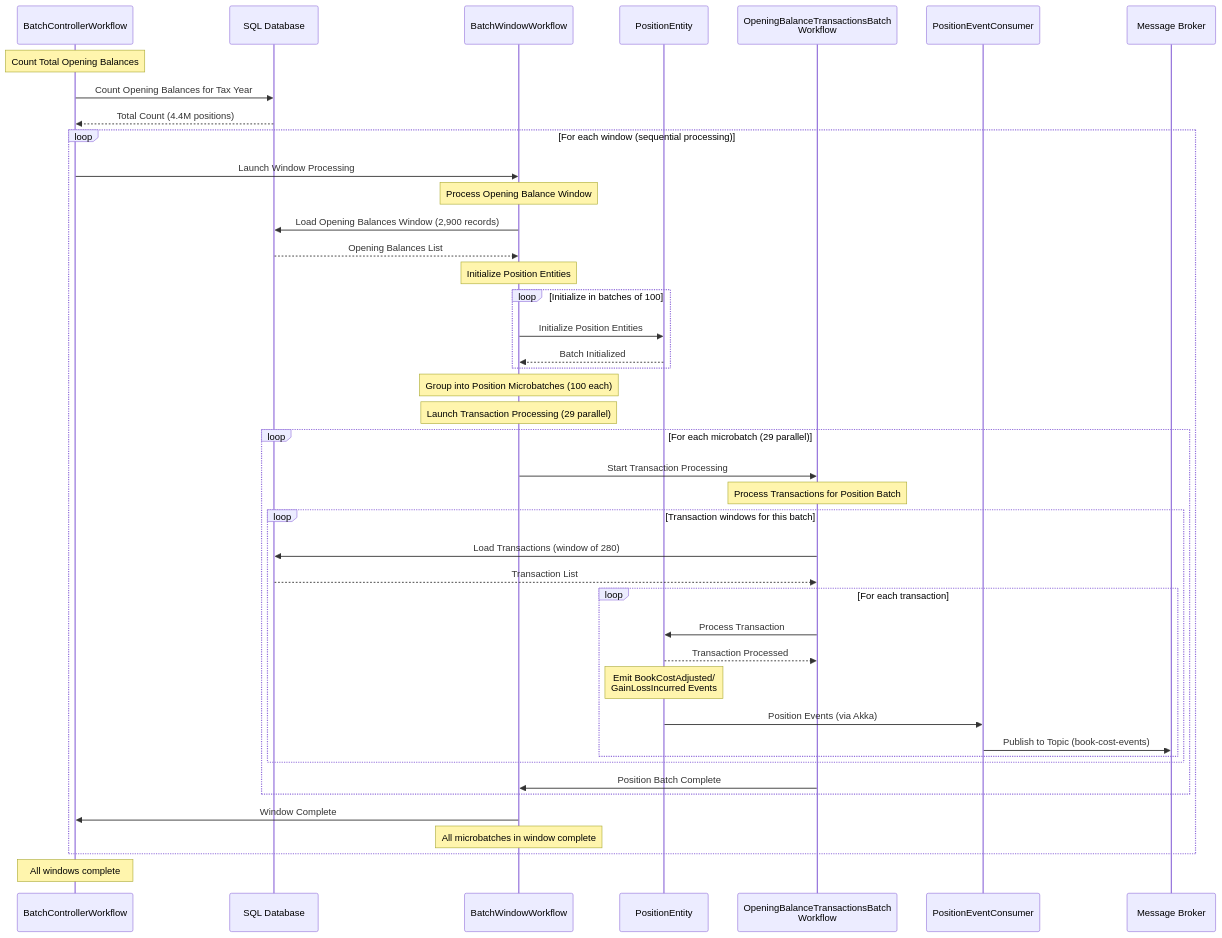
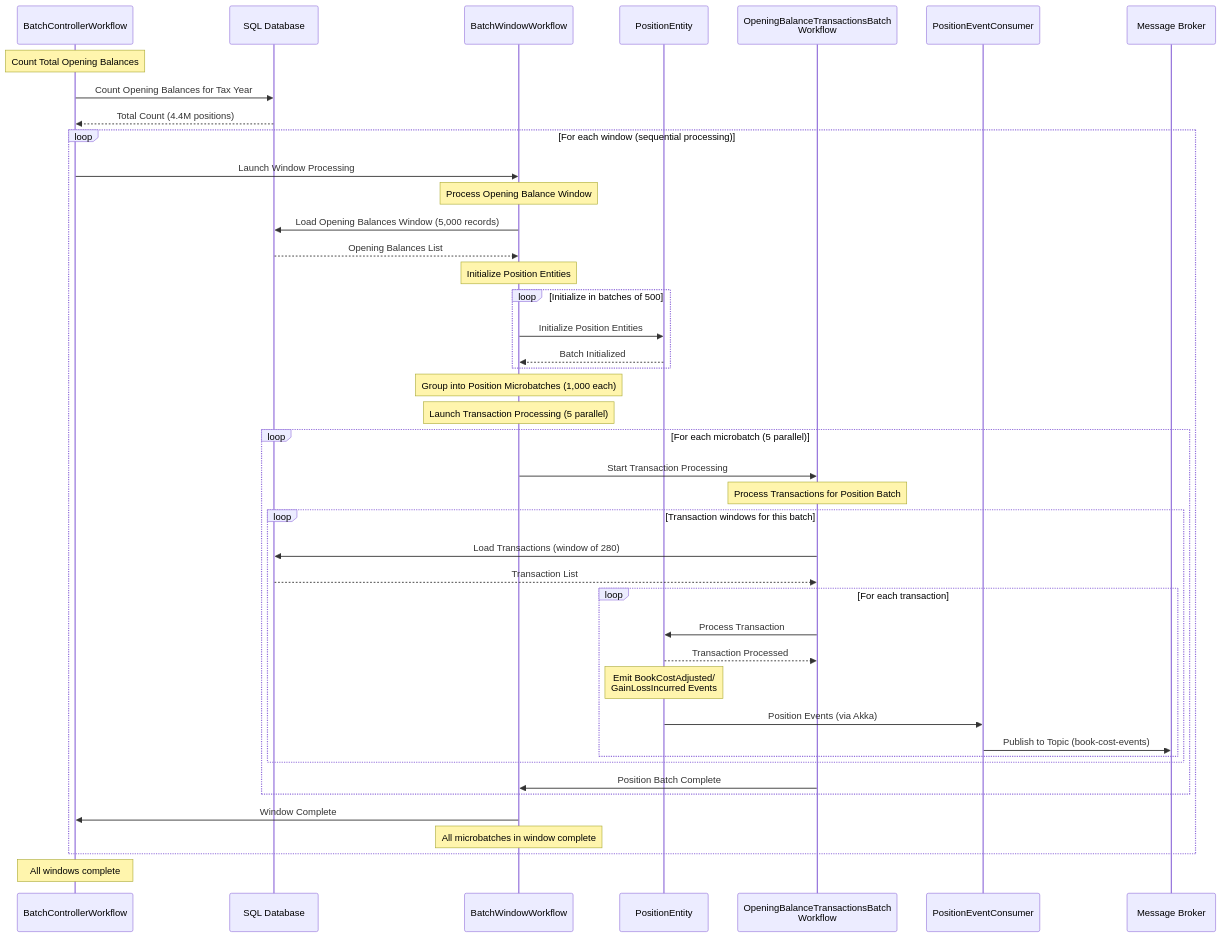
Before and after one commit to aklikic/tax-processing: the second of 2 diagrams in README.md, drawn with Mermaid. The commit also changed other lines of this file and 24 other files, not shown here.

````diff
--- a/README.md
+++ b/README.md
@@ -45,55 +45,55 @@
 ```mermaid
 sequenceDiagram
     participant BCW as BatchControllerWorkflow
     participant DB as SQL Database
     participant BWW as BatchWindowWorkflow
     participant PE as PositionEntity
     participant TBW as OpeningBalanceTransactionsBatch<br/>Workflow
     participant PC as PositionEventConsumer
     participant MB as Message Broker
 
     Note over BCW: Count Total Opening Balances
     BCW->>DB: Count Opening Balances for Tax Year
     DB-->>BCW: Total Count (4.4M positions)
 
     loop For each window (sequential processing)
         BCW->>BWW: Launch Window Processing
         Note over BWW: Process Opening Balance Window
-        BWW->>DB: Load Opening Balances Window (2,900 records)
+        BWW->>DB: Load Opening Balances Window (5,000 records)
         DB-->>BWW: Opening Balances List
 
         Note over BWW: Initialize Position Entities
-        loop Initialize in batches of 100
+        loop Initialize in batches of 500
             BWW->>PE: Initialize Position Entities
             PE-->>BWW: Batch Initialized
         end
 
-        Note over BWW: Group into Position Microbatches (100 each)
-        Note over BWW: Launch Transaction Processing (29 parallel)
+        Note over BWW: Group into Position Microbatches (1,000 each)
+        Note over BWW: Launch Transaction Processing (5 parallel)
 
-        loop For each microbatch (29 parallel)
+        loop For each microbatch (5 parallel)
             BWW->>TBW: Start Transaction Processing
             Note over TBW: Process Transactions for Position Batch
 
             loop Transaction windows for this batch
                 TBW->>DB: Load Transactions (window of 280)
                 DB-->>TBW: Transaction List
 
                 loop For each transaction
                     TBW->>PE: Process Transaction
                     PE-->>TBW: Transaction Processed
                     Note over PE: Emit BookCostAdjusted/<br/>GainLossIncurred Events
                     PE->>PC: Position Events (via Akka)
                     PC->>MB: Publish to Topic (book-cost-events)
                 end
             end
 
             TBW->>BWW: Position Batch Complete
         end
 
         BWW->>BCW: Window Complete
         Note over BWW: All microbatches in window complete
     end
 
     Note over BCW: All windows complete
 ```
````
